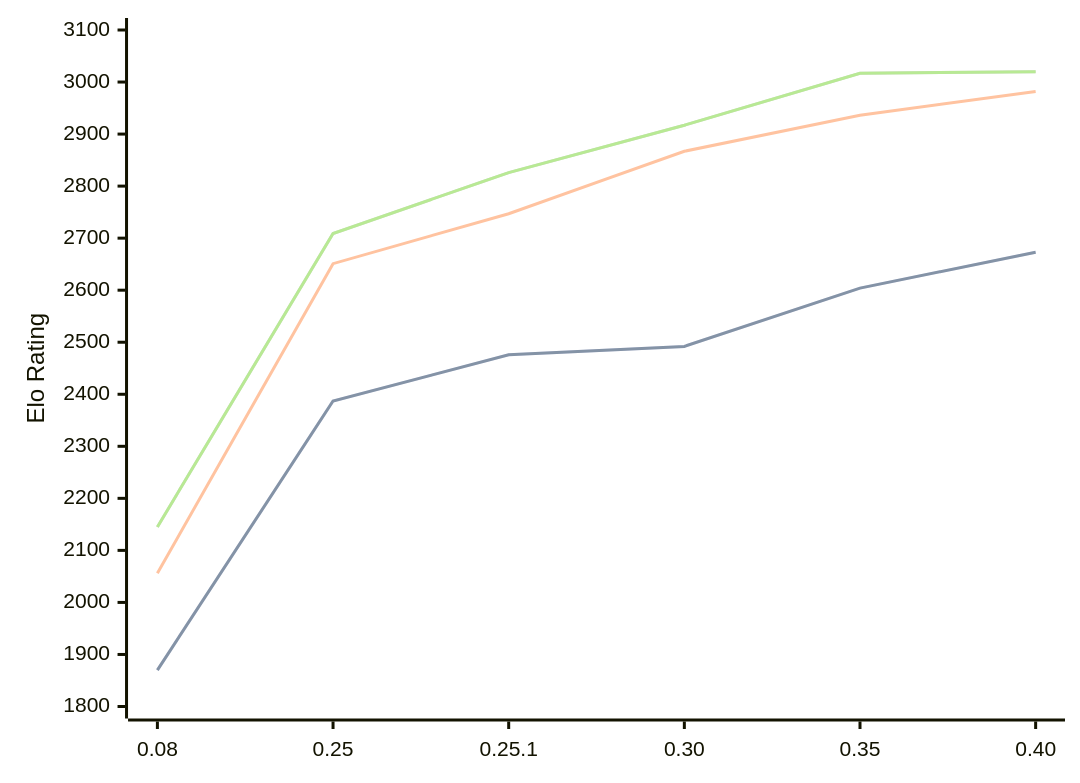
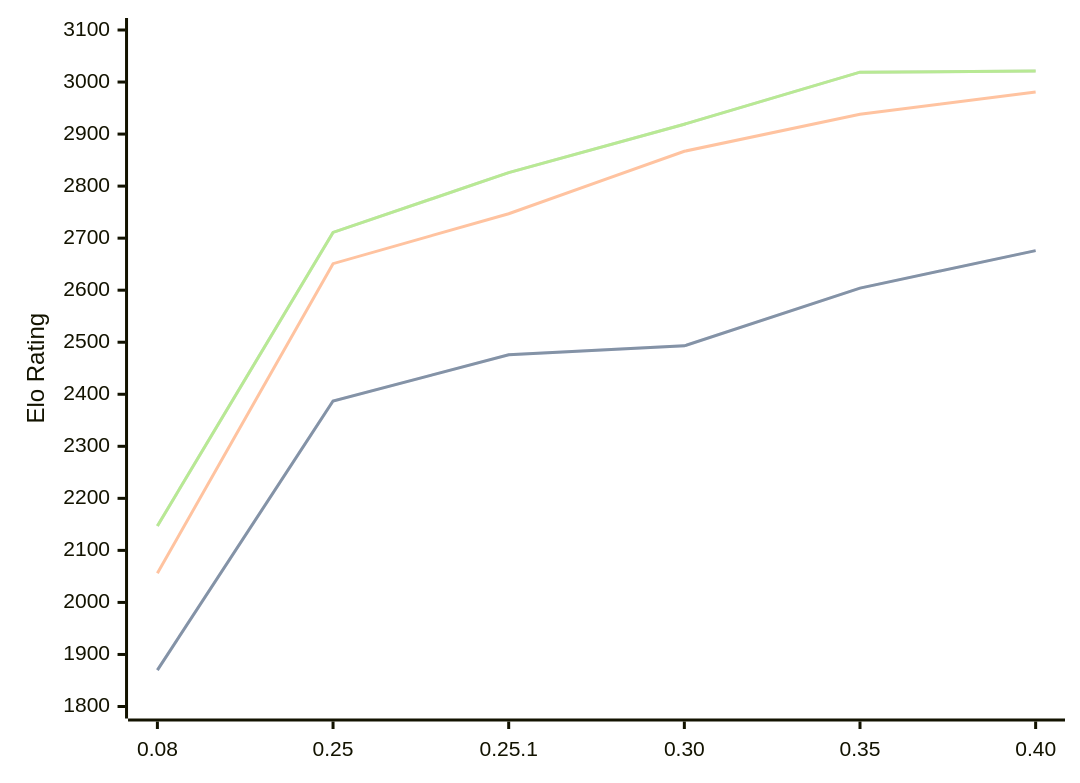
One commit to computer-chess-index/cci changed the first of 3 diagrams in engines/Gecko.md. Above: the diagram before and after it, drawn with Mermaid. The commit also changed other lines of this file, not shown here.

Commit message:
Update CCI Ratings (ELO VLTC) - 2026-07-13

````diff
--- a/engines/Gecko.md
+++ b/engines/Gecko.md
@@ -36,11 +36,11 @@
 ```mermaid
 %%{init: {"theme":"base","themeVariables":{"seriesColors:['#a3a3a3','#222221','#faa371']}}}%%
 xychart-beta
   x-axis ["0.08", "0.25", "0.25.1", "0.30", "0.35", "0.40"]
   y-axis "Elo Rating" 1800 --> 3100
-  line "STC (8.0+0.08s)" [1870, 2387, 2476, 2492, 2604, 2673]
-  line "STC (8.0+0.08s)" [1870, 2387, 2476, 2492, 2604, 2673]
-  line "LTC (60.0+0.60s)" [2056, 2651, 2747, 2867, 2936, 2982]
-  line "VLTC (2m24s+1.12s)" [2145, 2709, 2826, 2917, 3017, 3020]
-  line "VLTC (2m24s+1.12s)" [2145, 2709, 2826, 2917, 3017, 3020]
+  line "STC (8.0+0.08s)" [1870, 2387, 2476, 2493, 2604, 2676]
+  line "STC (8.0+0.08s)" [1870, 2387, 2476, 2493, 2604, 2676]
+  line "LTC (60.0+0.60s)" [2056, 2651, 2747, 2867, 2938, 2981]
+  line "VLTC (2m24s+1.12s)" [2147, 2711, 2826, 2919, 3019, 3021]
+  line "VLTC (2m24s+1.12s)" [2147, 2711, 2826, 2919, 3019, 3021]
 ```
````
